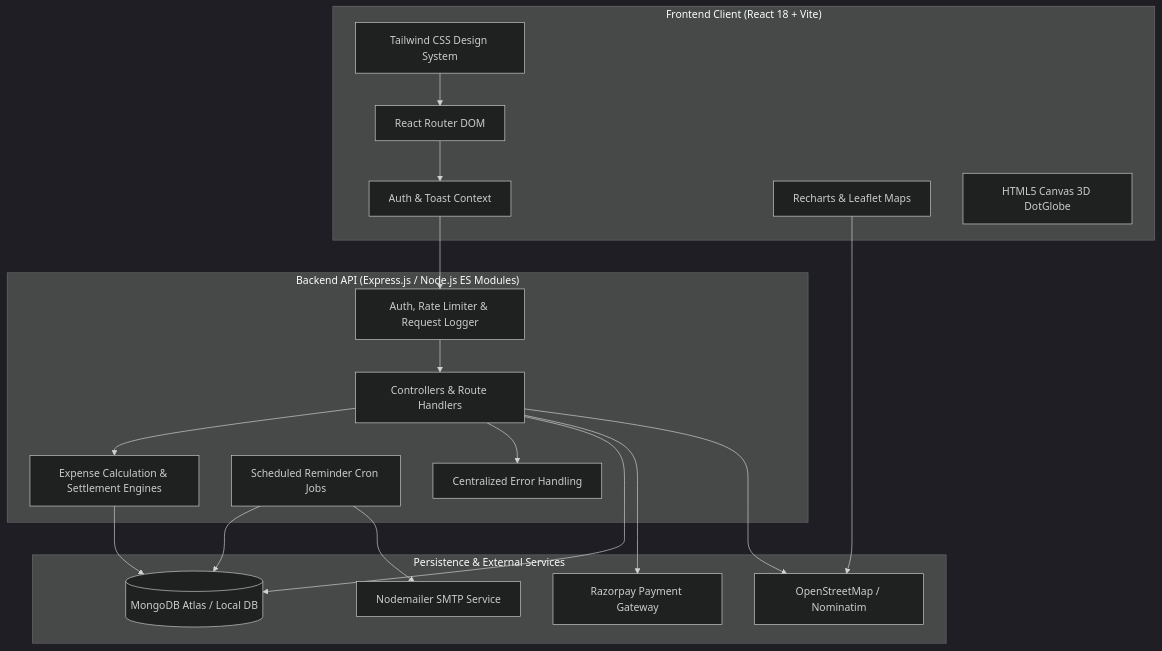
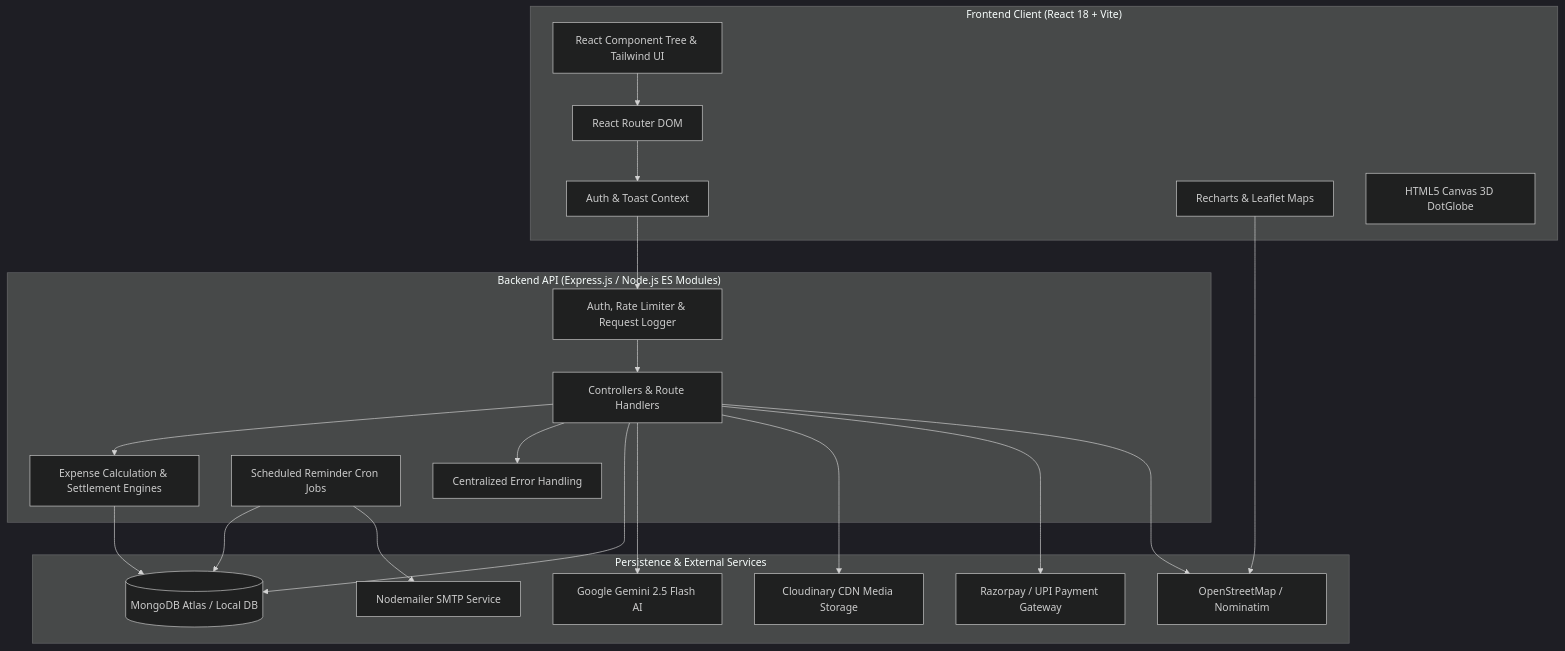
Before and after one commit to learnervivek/TripTally: the diagram in README.md, drawn with Mermaid (dark theme). The commit also changed other lines of this file and 16 other files, not shown here.

Commit message:
docs & ui: update landing page, remove design system link, and refresh screenshots

````diff
--- a/README.md
+++ b/README.md
@@ -34,38 +34,42 @@
 ```mermaid
 flowchart TB
     subgraph Client["Frontend Client (React 18 + Vite)"]
-        UI[Tailwind CSS Design System]
+        UI[React Component Tree & Tailwind UI]
         Rtr[React Router DOM]
         Ctx[Auth & Toast Context]
         Viz[Recharts & Leaflet Maps]
         Globe[HTML5 Canvas 3D DotGlobe]
     end
 
     subgraph Server["Backend API (Express.js / Node.js ES Modules)"]
         Sec[Auth, Rate Limiter & Request Logger]
         Ctrl[Controllers & Route Handlers]
         Svc[Expense Calculation & Settlement Engines]
         Rem[Scheduled Reminder Cron Jobs]
         Err[Centralized Error Handling]
     end
 
     subgraph Data["Persistence & External Services"]
         Mongo[(MongoDB Atlas / Local DB)]
-        RZP[Razorpay Payment Gateway]
+        Gemini[Google Gemini 2.5 Flash AI]
+        CDN[Cloudinary CDN Media Storage]
+        RZP[Razorpay / UPI Payment Gateway]
         OSM[OpenStreetMap / Nominatim]
         SMTP[Nodemailer SMTP Service]
     end
 
     UI --> Rtr --> Ctx
     Ctx --> Sec
     Sec --> Ctrl
     Ctrl --> Svc
     Ctrl --> Err
     Ctrl --> Mongo
+    Ctrl --> Gemini
+    Ctrl --> CDN
     Svc --> Mongo
     Rem --> Mongo
     Rem --> SMTP
     Ctrl --> RZP
     Ctrl --> OSM
     Viz --> OSM
 ```
````
